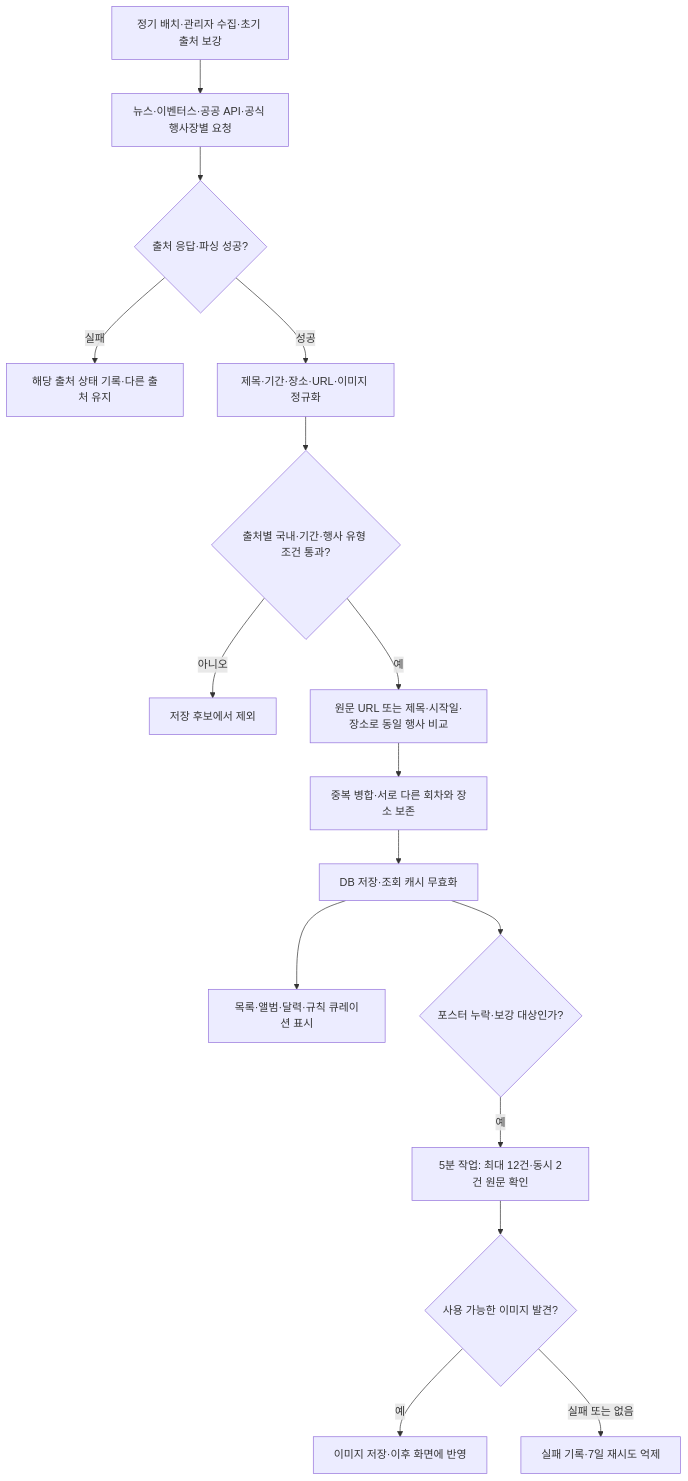
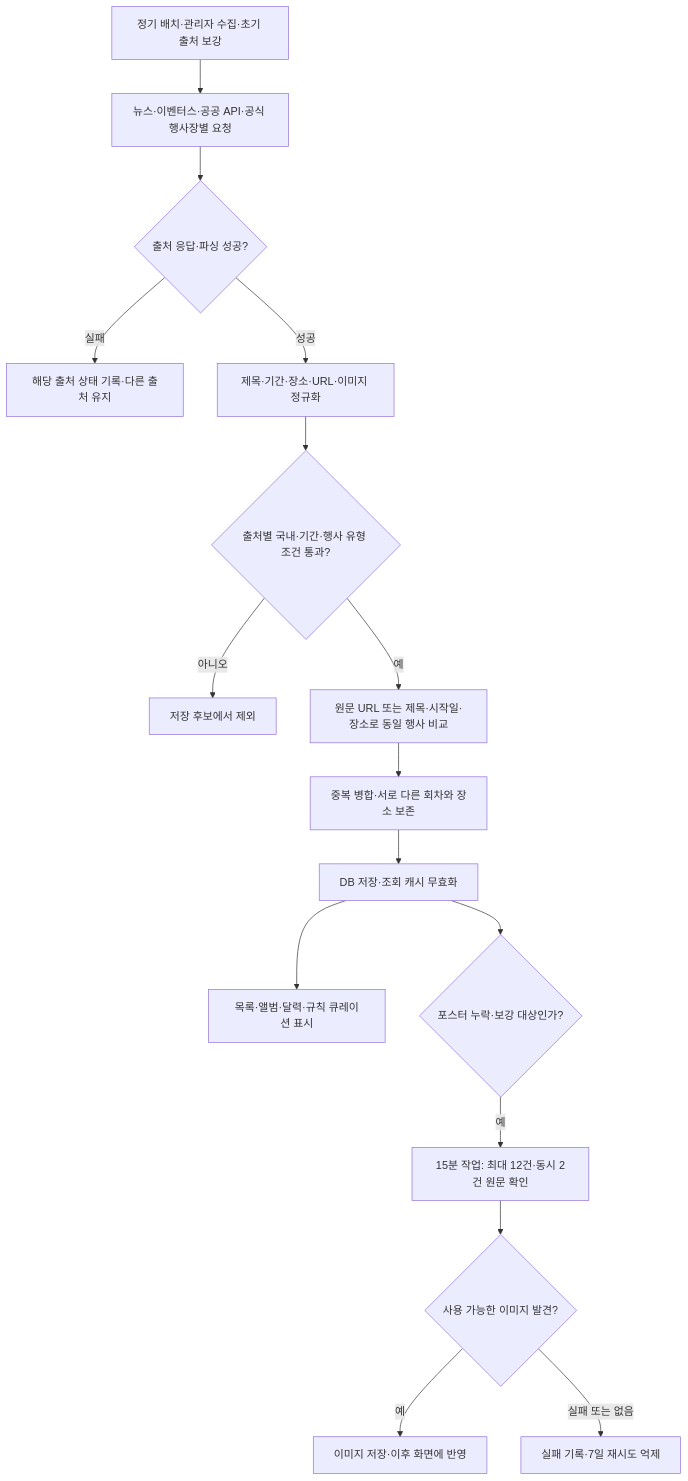
One commit to kksh0379/hugh-collector changed the second of 6 diagrams in DEVNOTE.md. Above: the diagram before and after it, drawn with Mermaid. The commit also changed other lines of this file and 17 other files, not shown here.

````diff
--- a/DEVNOTE.md
+++ b/DEVNOTE.md
@@ -324,18 +332,18 @@
 ```mermaid
 flowchart TB
   START["정기 배치·관리자 수집·초기 출처 보강"] --> SOURCES["뉴스·이벤터스·공공 API·공식 행사장별 요청"]
   SOURCES --> OK{"출처 응답·파싱 성공?"}
   OK -->|실패| ERR["해당 출처 상태 기록·다른 출처 유지"]
   OK -->|성공| NORMAL["제목·기간·장소·URL·이미지 정규화"]
   NORMAL --> FILTER{"출처별 국내·기간·행사 유형 조건 통과?"}
   FILTER -->|아니오| DROP["저장 후보에서 제외"]
   FILTER -->|예| ID["원문 URL 또는 제목·시작일·장소로 동일 행사 비교"]
   ID --> MERGE["중복 병합·서로 다른 회차와 장소 보존"]
   MERGE --> SAVE["DB 저장·조회 캐시 무효화"]
   SAVE --> DISPLAY["목록·앨범·달력·규칙 큐레이션 표시"]
   SAVE --> MISSING{"포스터 누락·보강 대상인가?"}
-  MISSING -->|예| FETCH["5분 작업: 최대 12건·동시 2건 원문 확인"]
+  MISSING -->|예| FETCH["15분 작업: 최대 12건·동시 2건 원문 확인"]
   FETCH --> IMAGE{"사용 가능한 이미지 발견?"}
   IMAGE -->|예| UPDATE["이미지 저장·이후 화면에 반영"]
   IMAGE -->|실패 또는 없음| RETRY["실패 기록·7일 재시도 억제"]
 ```
````
